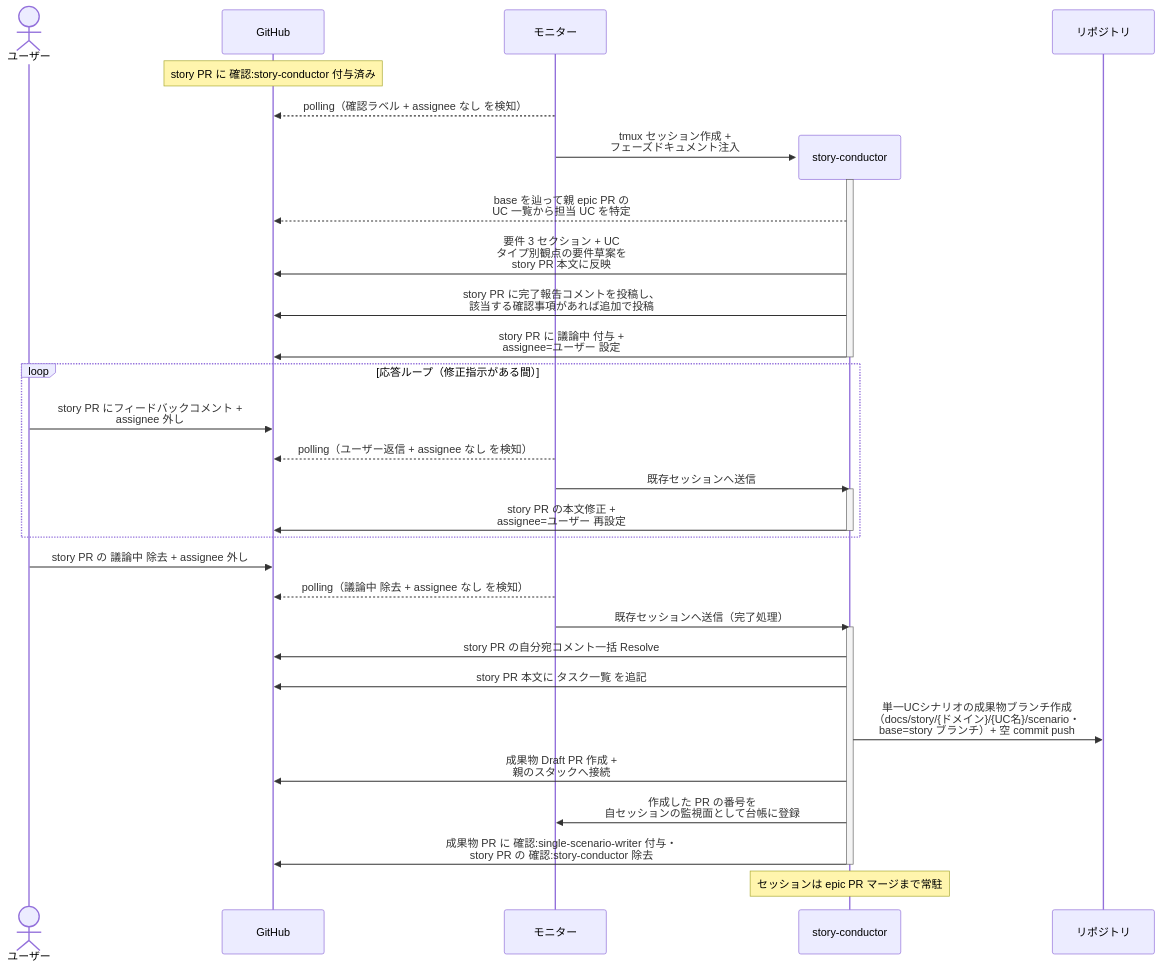
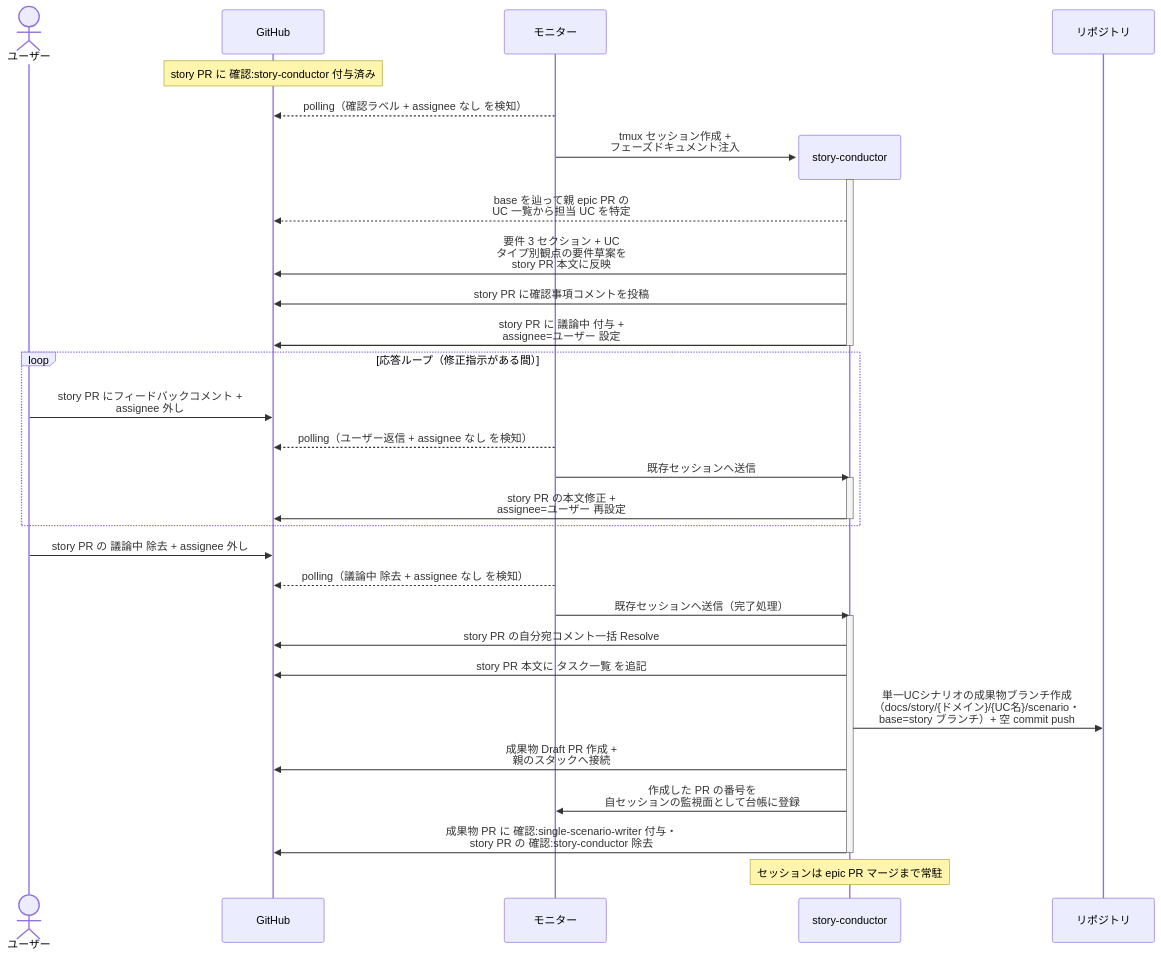
Before and after one commit to shuhei1101/ai-monitor: the first of 3 diagrams in docs/wiki/設計図/シナリオ/単一ユースケース/story要件確定.md, drawn with Mermaid. The commit also changed other lines of this file and 174 other files, not shown here.

````diff
--- a/docs/wiki/設計図/シナリオ/単一ユースケース/story要件確定.md
+++ b/docs/wiki/設計図/シナリオ/単一ユースケース/story要件確定.md
@@ -26,40 +26,40 @@
 ```mermaid
 sequenceDiagram
   actor U as ユーザー
   participant GH as GitHub
   participant ORC as モニター
 
   Note over GH: story PR に 確認:story-conductor 付与済み
   ORC-->>GH: polling（確認ラベル + assignee なし を検知）
   create participant MON as story-conductor
   ORC->>MON: tmux セッション作成 +<br>フェーズドキュメント注入
   participant REPO as リポジトリ
   activate MON
   MON-->>GH: base を辿って親 epic PR の<br>UC 一覧から担当 UC を特定
   MON->>GH: 要件 3 セクション + UC<br>タイプ別観点の要件草案を<br>story PR 本文に反映
-  MON->>GH: story PR に完了報告コメントを投稿し、<br>該当する確認事項があれば追加で投稿
+  MON->>GH: story PR に確認事項コメントを投稿
   MON->>GH: story PR に 議論中 付与 +<br>assignee=ユーザー 設定
   deactivate MON
 
   loop 応答ループ（修正指示がある間）
     U->>GH: story PR にフィードバックコメント +<br>assignee 外し
     ORC-->>GH: polling（ユーザー返信 + assignee なし を検知）
     ORC->>MON: 既存セッションへ送信
     activate MON
     MON->>GH: story PR の本文修正 +<br>assignee=ユーザー 再設定
     deactivate MON
   end
 
   U->>GH: story PR の 議論中 除去 + assignee 外し
   ORC-->>GH: polling（議論中 除去 + assignee なし を検知）
   ORC->>MON: 既存セッションへ送信（完了処理）
   activate MON
   MON->>GH: story PR の自分宛コメント一括 Resolve
   MON->>GH: story PR 本文に タスク一覧 を追記
   MON->>REPO: 単一UCシナリオの成果物ブランチ作成<br>（docs/story/{ドメイン}/{UC名}/scenario・<br>base=story ブランチ）+ 空 commit push
   MON->>GH: 成果物 Draft PR 作成 +<br>親のスタックへ接続
   MON->>ORC: 作成した PR の番号を<br>自セッションの監視面として台帳に登録
   MON->>GH: 成果物 PR に 確認:single-scenario-writer 付与・<br>story PR の 確認:story-conductor 除去
   deactivate MON
   Note over MON: セッションは epic PR マージまで常駐
 ```
````
